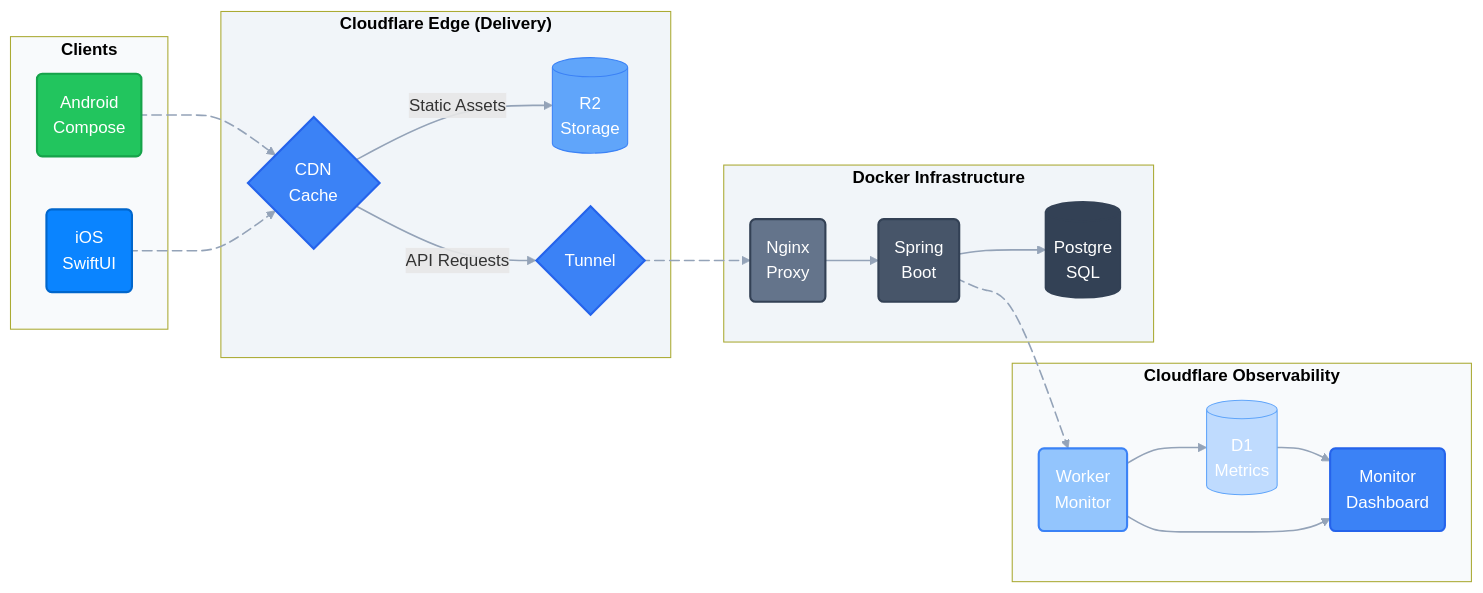
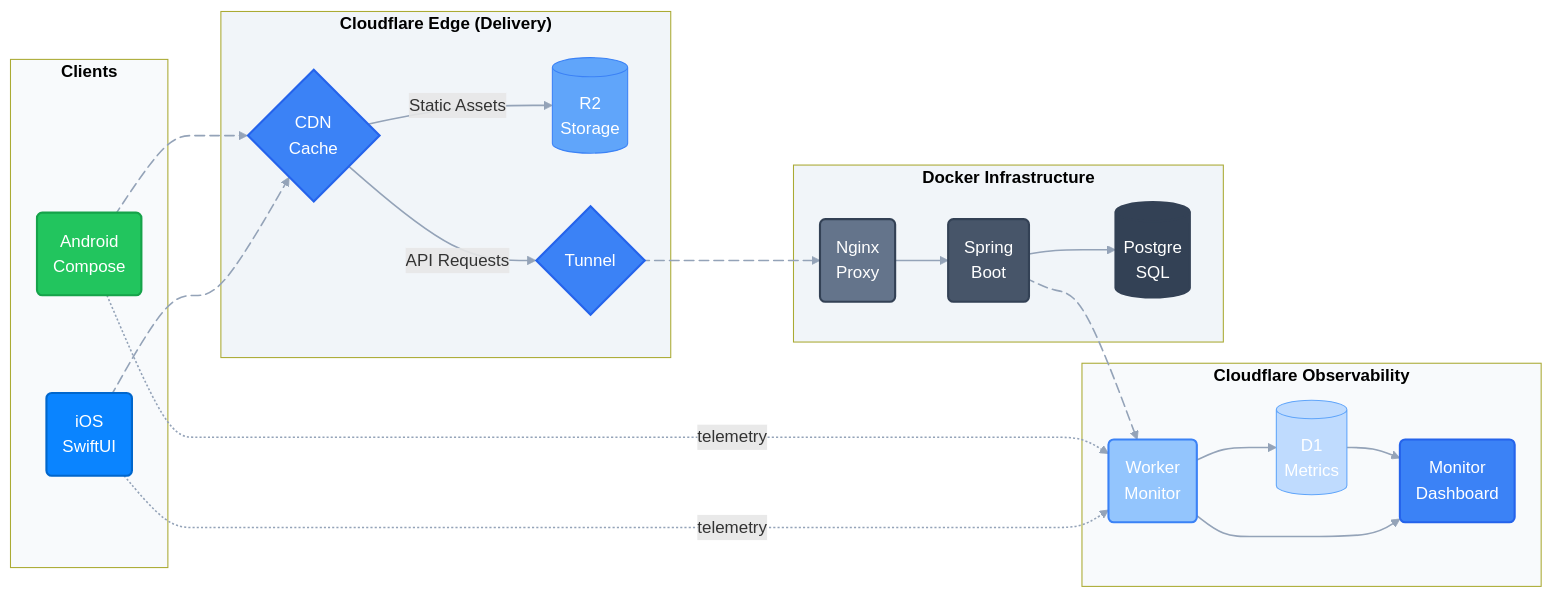
The diagram in README.md (susui888/susui888), drawn with Mermaid before and after one commit.

Commit message:
Add telemetry connections to README

```diff
--- a/README.md
+++ b/README.md
@@ -70,6 +70,8 @@
                 D1 --> MON
                 W --> MON
 
+                A -. telemetry .-> W
+                B -. telemetry .-> W
 
                 %% =========================
                 %% animations
```
